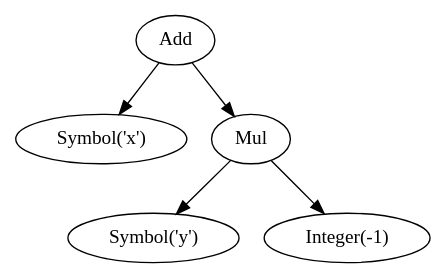
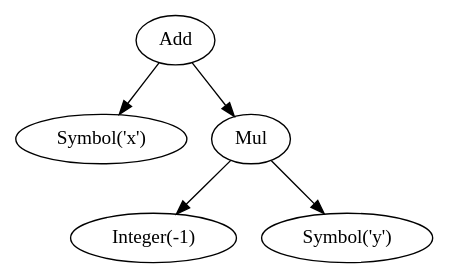
The third of 4 diagrams in docs/tutorial/manipulation.rst (diofant/diofant), drawn with Graphviz before and after one commit. The commit also changed other lines of this file and 2 other files, not shown here.

```diff
--- a/docs/tutorial/manipulation.rst
+++ b/docs/tutorial/manipulation.rst
@@ -195,26 +197,27 @@
 .. graphviz::
 
     digraph{
 
     # Graph style
+    "ordering"="out"
     "rankdir"="TD"
 
     #########
     # Nodes #
     #########
 
-    "Symbol(x)_(1,)" ["color"="black", "label"="Symbol('x')", "shape"="ellipse"];
-    "Symbol(y)_(0, 1)" ["color"="black", "label"="Symbol('y')", "shape"="ellipse"];
-    "NegativeOne()_(0, 0)" ["color"="black", "label"="Integer(-1)", "shape"="ellipse"];
-    "Mul(NegativeOne(), Symbol(y))_(0,)" ["color"="black", "label"="Mul", "shape"="ellipse"];
-    "Add(Mul(NegativeOne(), Symbol(y)), Symbol(x))_()" ["color"="black", "label"="Add", "shape"="ellipse"];
+    "Add(Symbol('x'), Mul(Integer(-1), Symbol('y')))_()" ["color"="black", "label"="Add", "shape"="ellipse"];
+    "Symbol('x')_(0,)" ["color"="black", "label"="Symbol('x')", "shape"="ellipse"];
+    "Mul(Integer(-1), Symbol('y'))_(1,)" ["color"="black", "label"="Mul", "shape"="ellipse"];
+    "Integer(-1)_(1, 0)" ["color"="black", "label"="Integer(-1)", "shape"="ellipse"];
+    "Symbol('y')_(1, 1)" ["color"="black", "label"="Symbol('y')", "shape"="ellipse"];
 
     #########
     # Edges #
     #########
 
-    "Mul(NegativeOne(), Symbol(y))_(0,)" -> "Symbol(y)_(0, 1)";
-    "Mul(NegativeOne(), Symbol(y))_(0,)" -> "NegativeOne()_(0, 0)";
-    "Add(Mul(NegativeOne(), Symbol(y)), Symbol(x))_()" -> "Symbol(x)_(1,)";
-    "Add(Mul(NegativeOne(), Symbol(y)), Symbol(x))_()" -> "Mul(NegativeOne(), Symbol(y))_(0,)";
+    "Add(Symbol('x'), Mul(Integer(-1), Symbol('y')))_()" -> "Symbol('x')_(0,)";
+    "Add(Symbol('x'), Mul(Integer(-1), Symbol('y')))_()" -> "Mul(Integer(-1), Symbol('y'))_(1,)";
+    "Mul(Integer(-1), Symbol('y'))_(1,)" -> "Integer(-1)_(1, 0)";
+    "Mul(Integer(-1), Symbol('y'))_(1,)" -> "Symbol('y')_(1, 1)";
     }
```
